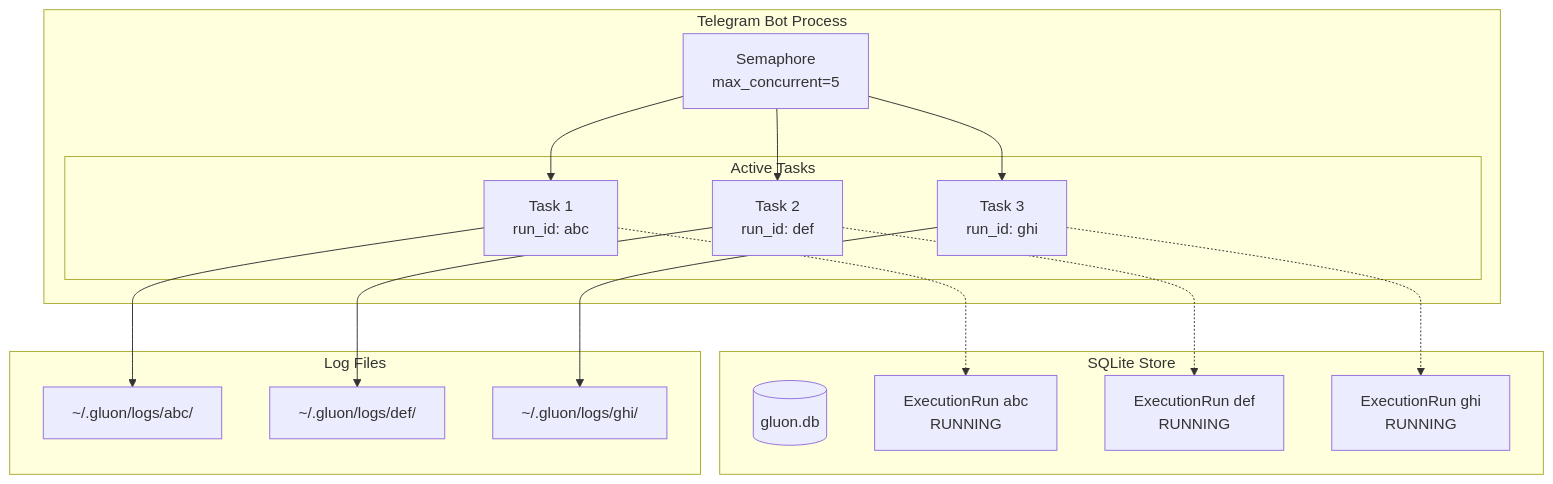
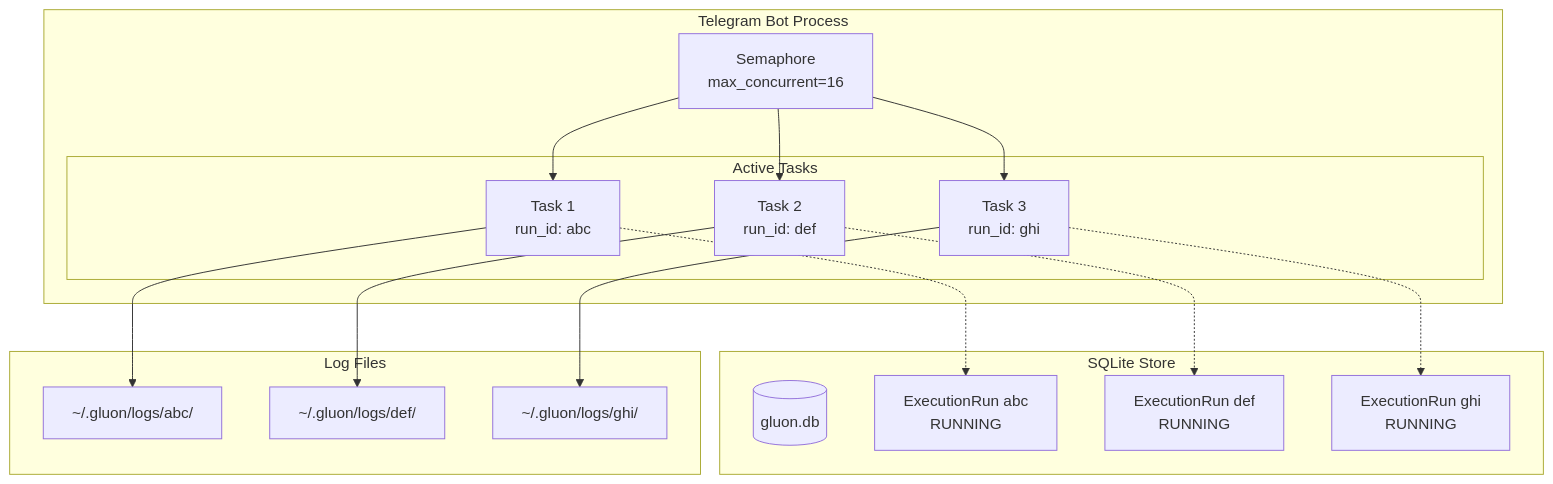
One commit to carrotly-ai/gluon-agent changed the eighth of 12 diagrams in README.md. Above: the diagram before and after it, drawn with Mermaid. The commit also changed other lines of this file, not shown here.

First line of the commit message:
docs: update README with chat agent capabilities and diagrams

````diff
--- a/README.md
+++ b/README.md
@@ -339,37 +346,37 @@
 ```mermaid
 flowchart TB
     subgraph "Telegram Bot Process"
-        SEM[Semaphore<br/>max_concurrent=5]
+        SEM[Semaphore<br/>max_concurrent=16]
 
         subgraph "Active Tasks"
             T1[Task 1<br/>run_id: abc]
             T2[Task 2<br/>run_id: def]
             T3[Task 3<br/>run_id: ghi]
         end
 
         SEM --> T1
         SEM --> T2
         SEM --> T3
     end
 
     subgraph "SQLite Store"
         DB[(gluon.db)]
         R1[ExecutionRun abc<br/>RUNNING]
         R2[ExecutionRun def<br/>RUNNING]
         R3[ExecutionRun ghi<br/>RUNNING]
     end
 
     T1 -.-> R1
     T2 -.-> R2
     T3 -.-> R3
 
     subgraph "Log Files"
         L1[~/.gluon/logs/abc/]
         L2[~/.gluon/logs/def/]
         L3[~/.gluon/logs/ghi/]
     end
 
     T1 --> L1
     T2 --> L2
     T3 --> L3
 ```
````
